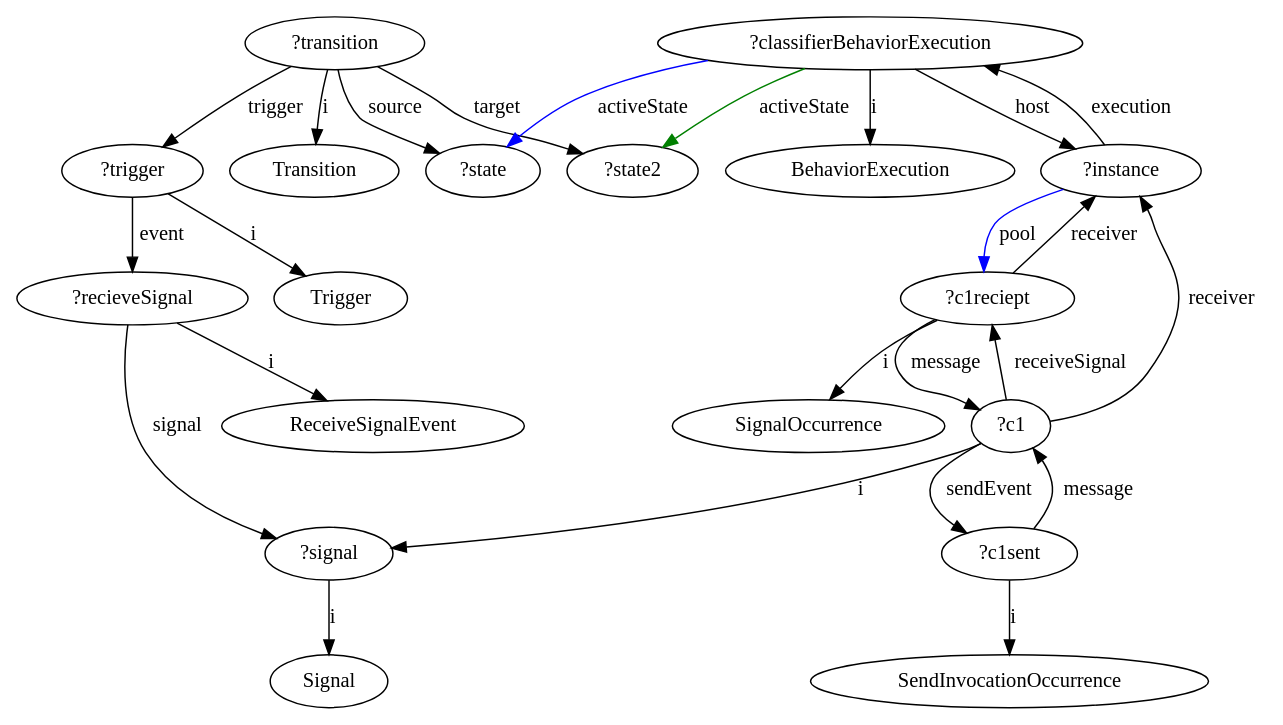
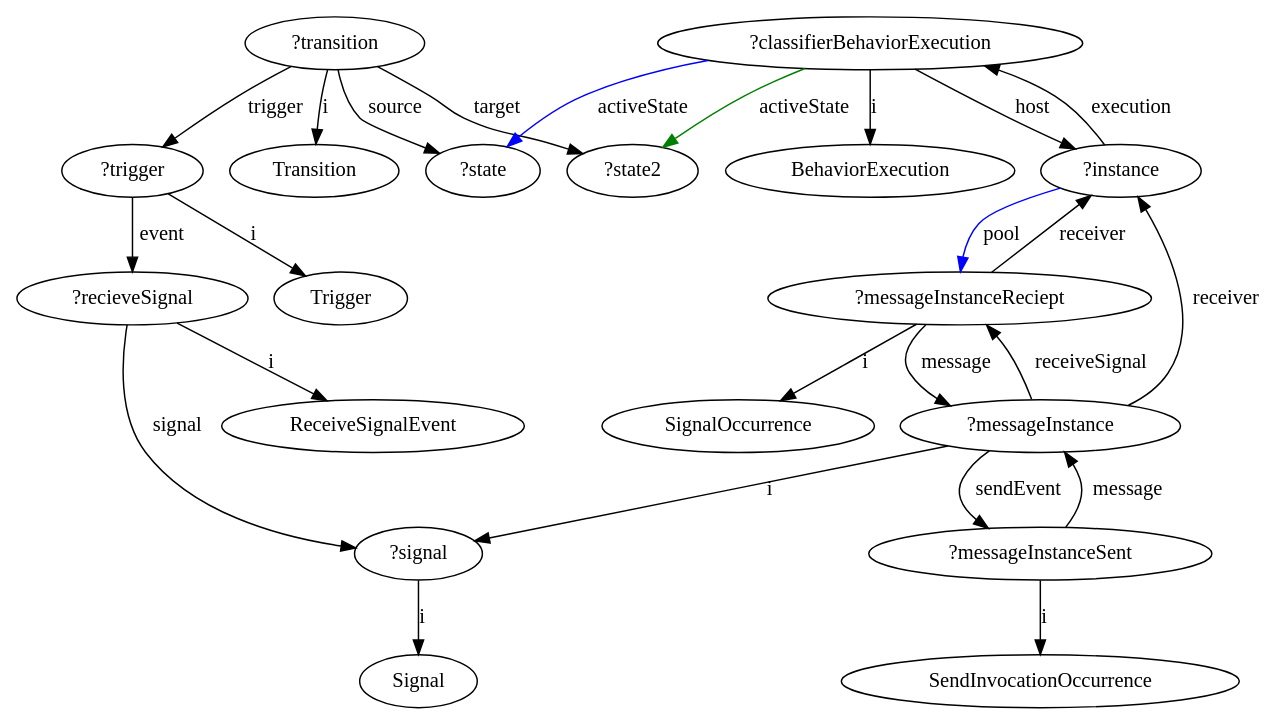
Before and after one commit to luisneiva/graf-framework: the diagram in GraphOutputs/acceptEventAction-WithoutActivity.dot, drawn with Graphviz. The commit also changed 28 other files, not shown here.

```diff
--- a/GraphOutputs/acceptEventAction-WithoutActivity.dot
+++ b/GraphOutputs/acceptEventAction-WithoutActivity.dot
@@ -1,26 +1,26 @@
 digraph acceptEventAction_WithoutActivity {
 	"?signal" -> "Signal" [label="i"]
 	"?recieveSignal" -> "?signal" [label="signal"]
 	"?trigger" -> "?recieveSignal" [label="event"]
 	"?recieveSignal" -> "ReceiveSignalEvent" [label="i"]
 	"?trigger" -> "Trigger" [label="i"]
 	"?transition" -> "Transition" [label="i"]
 	"?transition" -> "?trigger" [label="trigger"]
 	"?transition" -> "?state" [label="source"]
 	"?transition" -> "?state2" [label="target"]
 	"?classifierBehaviorExecution" -> "BehaviorExecution" [label="i"]
 	"?classifierBehaviorExecution" -> "?instance" [label="host"]
 	"?instance" -> "?classifierBehaviorExecution" [label="execution"]
-	"?c1reciept" -> "?instance" [label="receiver"]
-	"?c1reciept" -> "SignalOccurrence" [label="i"]
-	"?c1" -> "?instance" [label="receiver"]
-	"?c1sent" -> "?c1" [label="message"]
-	"?c1" -> "?c1sent" [label="sendEvent"]
-	"?c1sent" -> "SendInvocationOccurrence" [label="i"]
-	"?c1" -> "?c1reciept" [label="receiveSignal"]
-	"?c1" -> "?signal" [label="i"]
+	"?messageInstanceReciept" -> "?instance" [label="receiver"]
+	"?messageInstanceReciept" -> "SignalOccurrence" [label="i"]
+	"?messageInstance" -> "?instance" [label="receiver"]
+	"?messageInstanceSent" -> "?messageInstance" [label="message"]
+	"?messageInstance" -> "?messageInstanceSent" [label="sendEvent"]
+	"?messageInstanceSent" -> "SendInvocationOccurrence" [label="i"]
+	"?messageInstance" -> "?messageInstanceReciept" [label="receiveSignal"]
+	"?messageInstance" -> "?signal" [label="i"]
 	"?classifierBehaviorExecution" -> "?state2" [label="activeState", color="green"]
-	"?c1reciept" -> "?c1" [label="message"]
+	"?messageInstanceReciept" -> "?messageInstance" [label="message"]
 	"?classifierBehaviorExecution" -> "?state" [label="activeState", color="blue"]
-	"?instance" -> "?c1reciept" [label="pool", color="blue"]
+	"?instance" -> "?messageInstanceReciept" [label="pool", color="blue"]
 }
```
